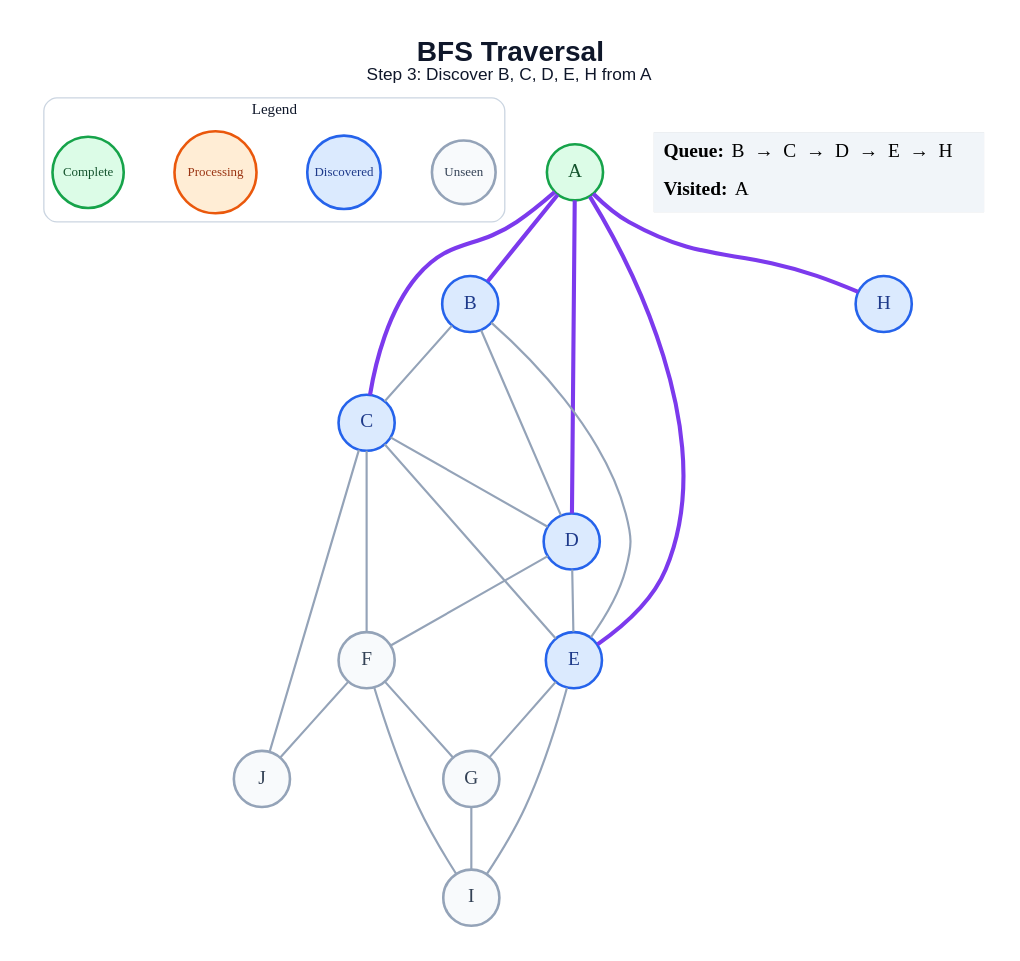
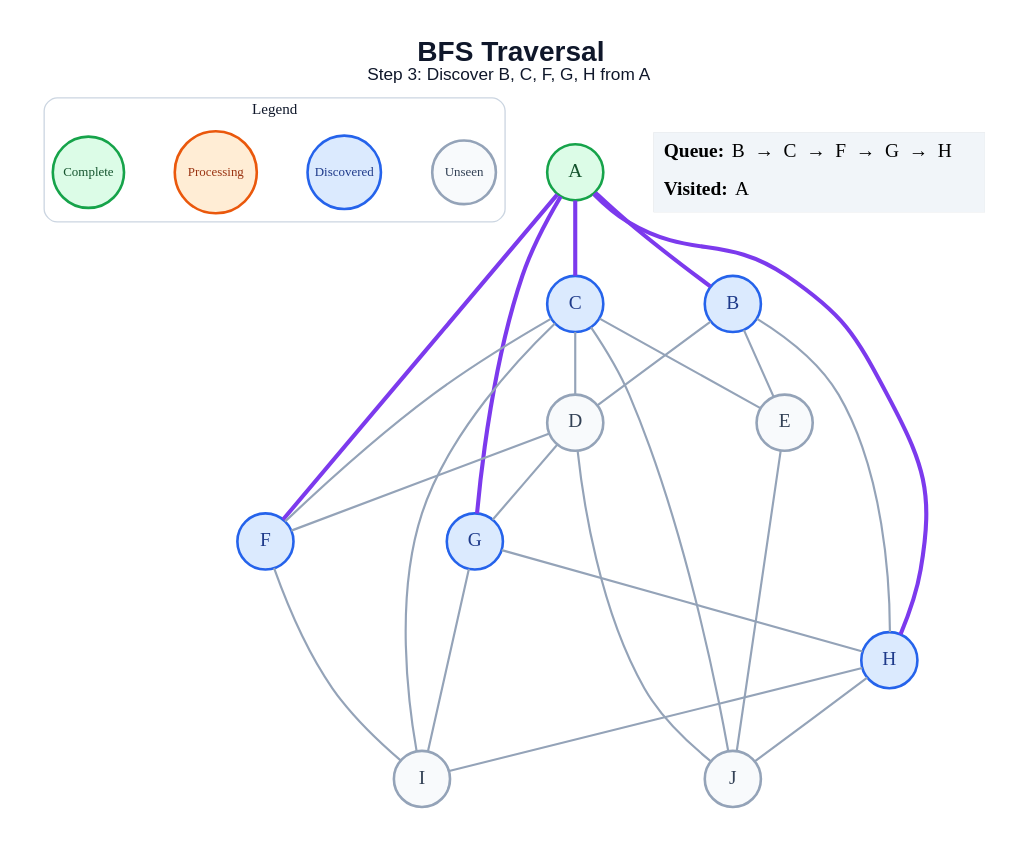
One commit to amanghodawala9/ai-slop changed the diagram in generated/bfs/step_03.dot. Above: the diagram before and after it, drawn with Graphviz. The commit also changed 178 other files, not shown here.

```diff
--- a/generated/bfs/step_03.dot
+++ b/generated/bfs/step_03.dot
@@ -1,49 +1,51 @@
 graph traversal {
   graph [layout=dot, rankdir=TB, bgcolor="#FFFFFF", pad="0.35", nodesep="0.65", ranksep="0.8", fontname="Arial"];
   node [shape=circle, style="filled", fontname="Arial Bold", fontsize=18, width=0.72, fixedsize=true, penwidth=2.4];
   edge [color="#94A3B8", penwidth=2.0];
-  label=<<B>BFS Traversal</B><BR/><FONT POINT-SIZE="16">Step 3: Discover B, C, D, E, H from A</FONT>>; labelloc="t"; fontsize=26; fontname="Arial"; fontcolor="#0F172A";
+  label=<<B>BFS Traversal</B><BR/><FONT POINT-SIZE="16">Step 3: Discover B, C, F, G, H from A</FONT>>; labelloc="t"; fontsize=26; fontname="Arial"; fontcolor="#0F172A";
   subgraph cluster_legend { label="Legend"; color="#CBD5E1"; penwidth=1.2; style="rounded"; fontsize=14; fontname="Arial Bold";
     key_unseen [label="Unseen", fillcolor="#F8FAFC", color="#94A3B8", fontcolor="#334155", fontsize=12, width=0.82];
     key_frontier [label="Discovered", fillcolor="#DBEAFE", color="#2563EB", fontcolor="#1E3A8A", fontsize=12, width=0.95];
     key_current [label="Processing", fillcolor="#FFEDD5", color="#EA580C", fontcolor="#9A3412", fontsize=12, width=1.05];
     key_done [label="Complete", fillcolor="#DCFCE7", color="#16A34A", fontcolor="#14532D", fontsize=12, width=0.92];
     { rank=same; key_unseen; key_frontier; key_current; key_done; }
   }
   A [fillcolor="#DCFCE7", color="#16A34A", fontcolor="#14532D"];
   B [fillcolor="#DBEAFE", color="#2563EB", fontcolor="#1E3A8A"];
   C [fillcolor="#DBEAFE", color="#2563EB", fontcolor="#1E3A8A"];
-  D [fillcolor="#DBEAFE", color="#2563EB", fontcolor="#1E3A8A"];
-  E [fillcolor="#DBEAFE", color="#2563EB", fontcolor="#1E3A8A"];
-  F [fillcolor="#F8FAFC", color="#94A3B8", fontcolor="#334155"];
-  G [fillcolor="#F8FAFC", color="#94A3B8", fontcolor="#334155"];
+  D [fillcolor="#F8FAFC", color="#94A3B8", fontcolor="#334155"];
+  E [fillcolor="#F8FAFC", color="#94A3B8", fontcolor="#334155"];
+  F [fillcolor="#DBEAFE", color="#2563EB", fontcolor="#1E3A8A"];
+  G [fillcolor="#DBEAFE", color="#2563EB", fontcolor="#1E3A8A"];
   H [fillcolor="#DBEAFE", color="#2563EB", fontcolor="#1E3A8A"];
   I [fillcolor="#F8FAFC", color="#94A3B8", fontcolor="#334155"];
   J [fillcolor="#F8FAFC", color="#94A3B8", fontcolor="#334155"];
   A -- B [color="#7C3AED", penwidth=3.8];
   A -- C [color="#7C3AED", penwidth=3.8];
-  A -- D [color="#7C3AED", penwidth=3.8];
-  A -- E [color="#7C3AED", penwidth=3.8];
+  A -- F [color="#7C3AED", penwidth=3.8];
+  A -- G [color="#7C3AED", penwidth=3.8];
   A -- H [color="#7C3AED", penwidth=3.8];
-  B -- C;
   B -- D;
   B -- E;
+  B -- H;
   C -- D;
   C -- E;
   C -- F;
+  C -- I;
   C -- J;
-  D -- E;
   D -- F;
-  E -- G;
-  E -- I;
-  F -- G;
+  D -- G;
+  D -- J;
+  E -- J;
   F -- I;
-  F -- J;
+  G -- H;
   G -- I;
+  H -- I;
+  H -- J;
   status [shape=plain, fixedsize=false, width=0, height=0, margin=0, label=<
     <TABLE BORDER="0" CELLBORDER="0" CELLPADDING="7" BGCOLOR="#F1F5F9">
-      <TR><TD ALIGN="LEFT"><B>Queue:</B> B  →  C  →  D  →  E  →  H</TD></TR>
+      <TR><TD ALIGN="LEFT"><B>Queue:</B> B  →  C  →  F  →  G  →  H</TD></TR>
       <TR><TD ALIGN="LEFT"><B>Visited:</B> A</TD></TR>
     </TABLE>
   >];
 }
```
